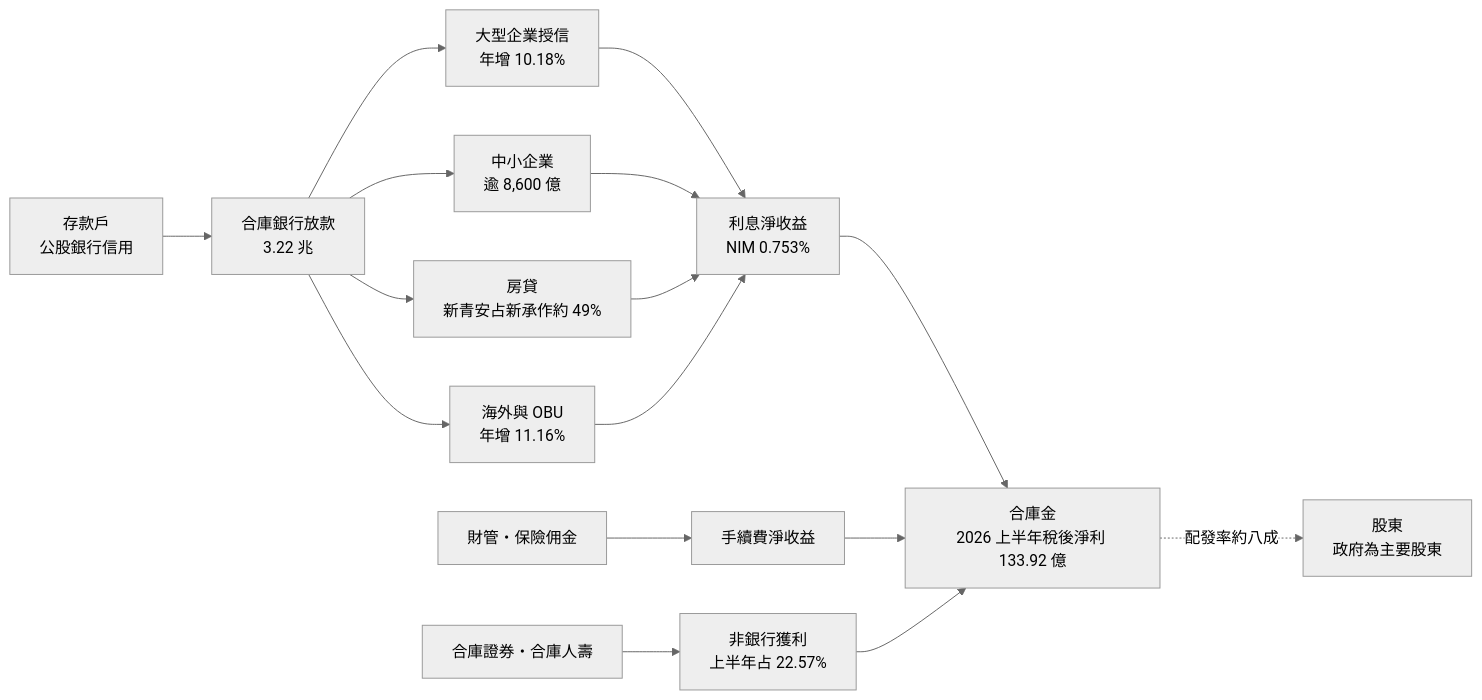
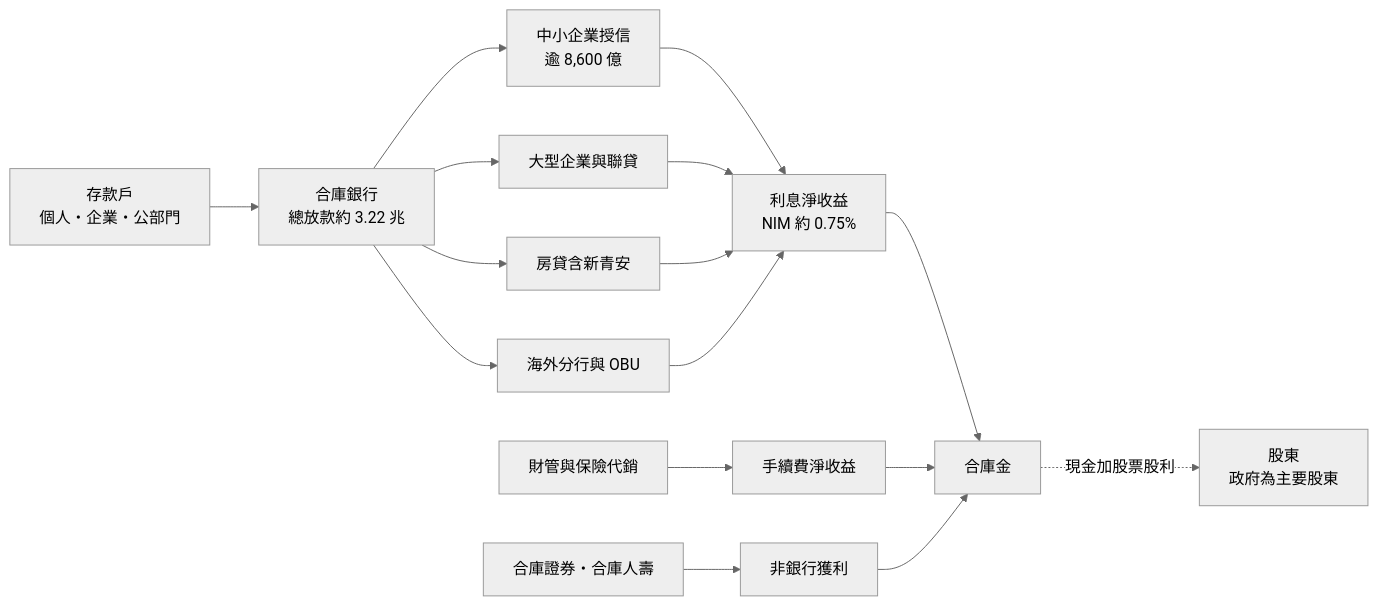
One commit to wangnick1004/taiwan-stock-vault changed the second of 4 diagrams in 個股/台股/5880合庫金.md. Above: the diagram before and after it, drawn with Mermaid (neutral theme). The commit also changed other lines of this file and 6 other files, not shown here.

````diff
--- a/個股/台股/5880合庫金.md
+++ b/個股/台股/5880合庫金.md
@@ -71,18 +68,18 @@
 ```mermaid
 flowchart LR
-    A[存款戶<br/>公股銀行信用] --> C[合庫銀行放款<br/>3.22 兆]
-    C --> D1[大型企業授信<br/>年增 10.18%]
-    C --> D2[中小企業<br/>逾 8,600 億]
-    C --> D3[房貸<br/>新青安占新承作約 49%]
-    C --> D4[海外與 OBU<br/>年增 11.16%]
-    D1 --> E[利息淨收益<br/>NIM 0.753%]
-    D2 --> E
-    D3 --> E
-    D4 --> E
-    F[財管・保險佣金] --> G[手續費淨收益]
-    H[合庫證券・合庫人壽] --> I[非銀行獲利<br/>上半年占 22.57%]
-    E --> J[合庫金<br/>2026 上半年稅後淨利 133.92 億]
-    G --> J
-    I --> J
-    J -. 配發率約八成 .-> K[股東<br/>政府為主要股東]
+    A[存款戶<br/>個人・企業・公部門] --> B[合庫銀行<br/>總放款約 3.22 兆]
+    B --> C1[中小企業授信<br/>逾 8,600 億]
+    B --> C2[大型企業與聯貸]
+    B --> C3[房貸含新青安]
+    B --> C4[海外分行與 OBU]
+    C1 --> D[利息淨收益<br/>NIM 約 0.75%]
+    C2 --> D
+    C3 --> D
+    C4 --> D
+    E[財管與保險代銷] --> F[手續費淨收益]
+    G[合庫證券・合庫人壽] --> H[非銀行獲利]
+    D --> I[合庫金]
+    F --> I
+    H --> I
+    I -. 現金加股票股利 .-> J[股東<br/>政府為主要股東]
 ```
````
